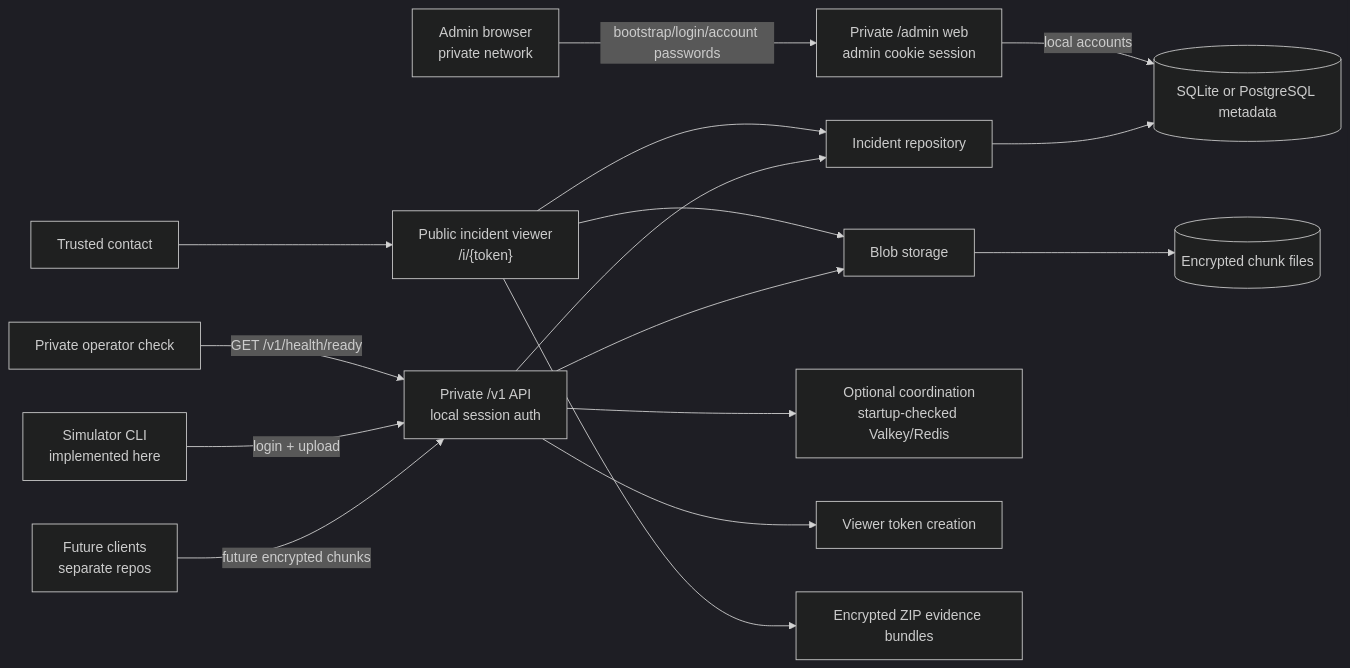
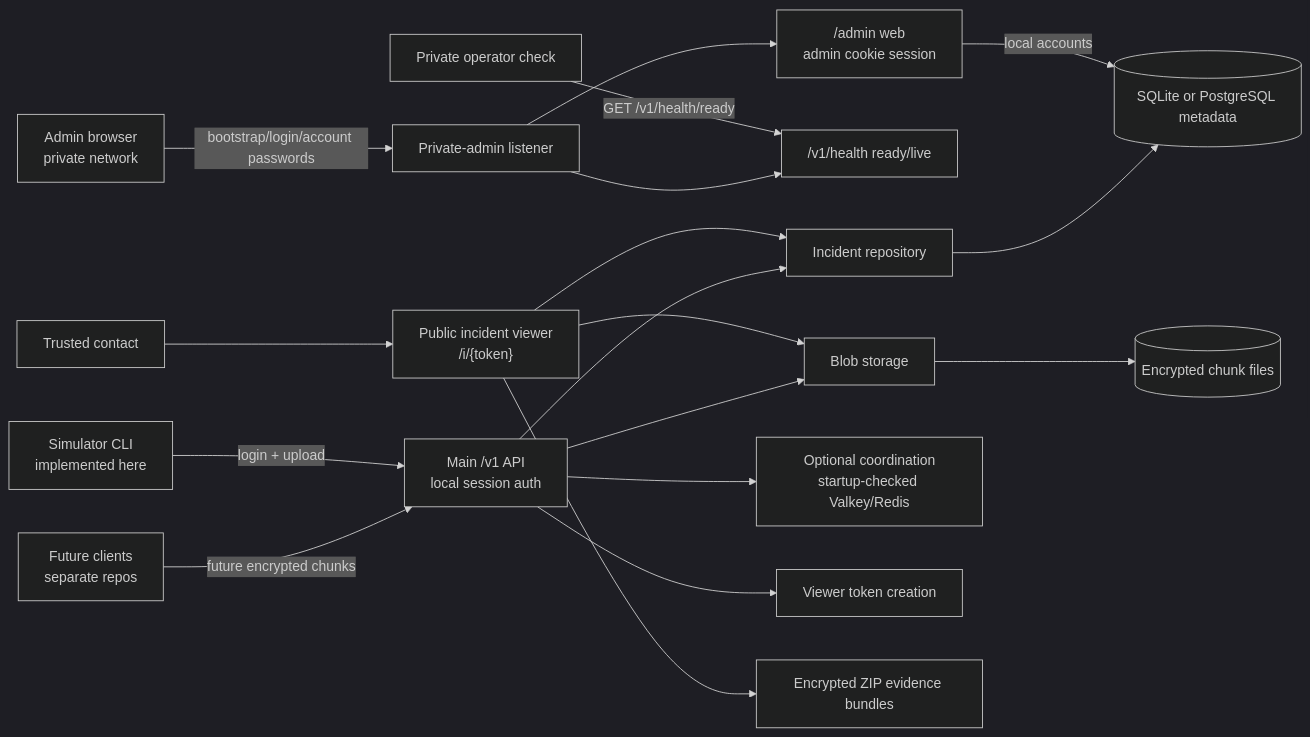
Before and after one commit to open-proofline/server: the first of 4 diagrams in docs/architecture.md, drawn with Mermaid (dark theme). The commit also changed other lines of this file and 62 other files, not shown here.

Commit message:
Move incident viewer onto main listener

````diff
--- a/docs/architecture.md
+++ b/docs/architecture.md
@@ -42,18 +42,20 @@
 ```mermaid
 flowchart LR
-    FutureClients["Future clients<br/>separate repos"] -->|"future encrypted chunks"| PrivateAPI["Private /v1 API<br/>local session auth"]
-    Operator["Admin browser<br/>private network"] -->|"bootstrap/login/account passwords"| AdminWeb["Private /admin web<br/>admin cookie session"]
-    Simulator["Simulator CLI<br/>implemented here"] -->|"login + upload"| PrivateAPI
-    PrivateAPI --> Repo["Incident repository"]
+    FutureClients["Future clients<br/>separate repos"] -->|"future encrypted chunks"| MainAPI["Main /v1 API<br/>local session auth"]
+    Operator["Admin browser<br/>private network"] -->|"bootstrap/login/account passwords"| AdminListener["Private-admin listener"]
+    AdminListener --> AdminWeb["/admin web<br/>admin cookie session"]
+    AdminListener --> AdminHealth["/v1/health ready/live"]
+    Simulator["Simulator CLI<br/>implemented here"] -->|"login + upload"| MainAPI
+    MainAPI --> Repo["Incident repository"]
     Repo --> DB[(SQLite or PostgreSQL metadata)]
     AdminWeb -->|"local accounts"| DB
-    PrivateAPI --> Store["Blob storage"]
+    MainAPI --> Store["Blob storage"]
     Store --> Files[(Encrypted chunk files)]
-    OperatorCheck["Private operator check"] -->|"GET /v1/health/ready"| PrivateAPI
-    PrivateAPI --> Coord["Optional coordination<br/>startup-checked Valkey/Redis"]
-    PrivateAPI --> Token["Viewer token creation"]
+    OperatorCheck["Private operator check"] -->|"GET /v1/health/ready"| AdminHealth
+    MainAPI --> Coord["Optional coordination<br/>startup-checked Valkey/Redis"]
+    MainAPI --> Token["Viewer token creation"]
     Contact["Trusted contact"] --> Viewer["Public incident viewer<br/>/i/{token}"]
     Viewer --> Repo
     Viewer --> Store
     Viewer --> Bundle["Encrypted ZIP evidence bundles"]
 ```
````
